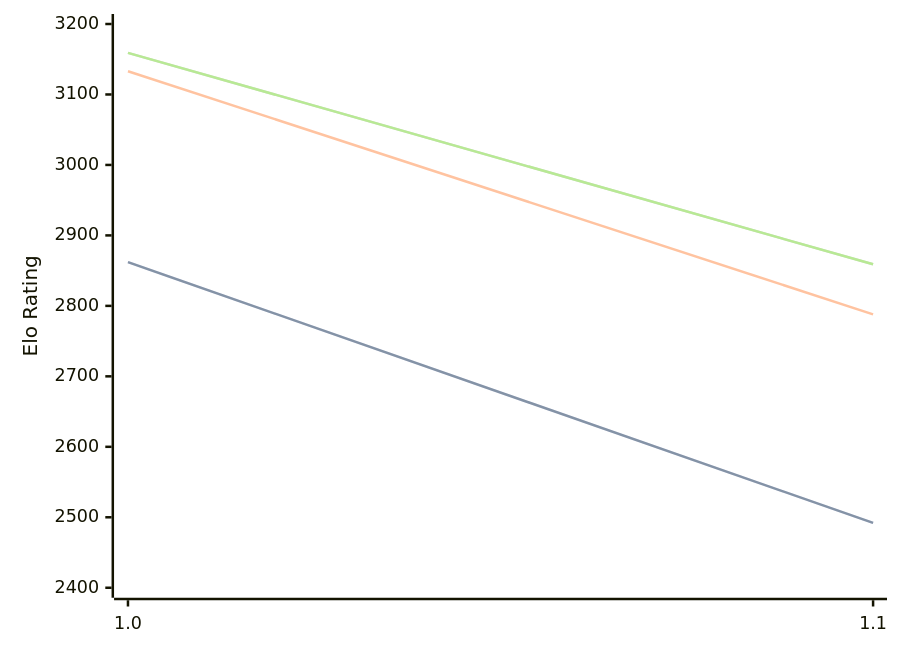
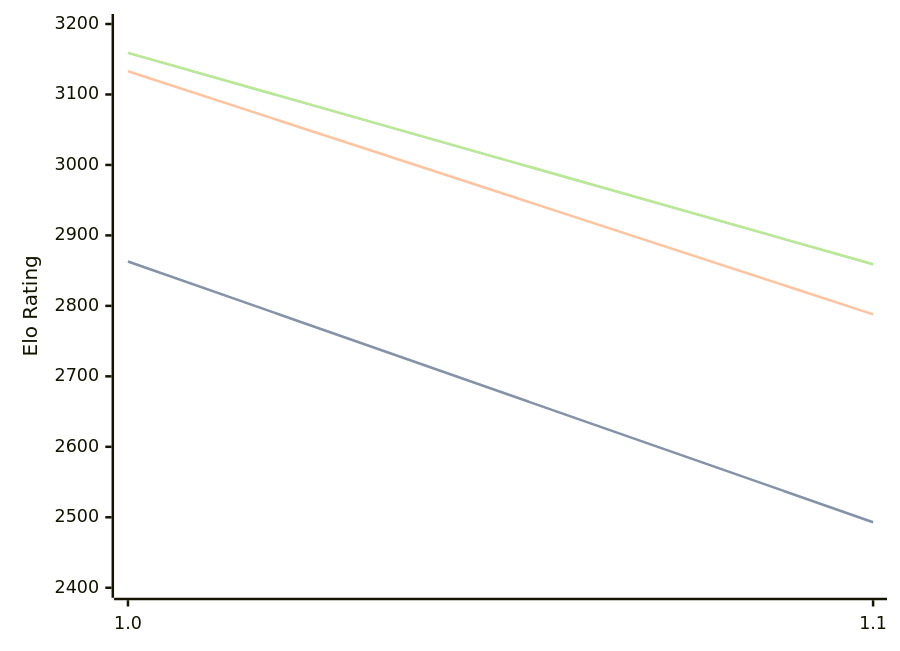
One commit to computer-chess-index/cci changed the diagram in engines/Publius.md. Above: the diagram before and after it, drawn with Mermaid. The commit also changed other lines of this file, not shown here.

````diff
--- a/engines/Publius.md
+++ b/engines/Publius.md
@@ -32,11 +32,11 @@
 ```mermaid
 %%{init: {"theme":"base","themeVariables":{"seriesColors:['#a3a3a3','#222221','#faa371']}}}%%
 xychart-beta
   x-axis ["1.0", "1.1"]
   y-axis "Elo Rating" 2400 --> 3200
-  line "STC (8.0+0.08s)" [2862, 2492]
-  line "STC (8.0+0.08s)" [2862, 2492]
+  line "STC (8.0+0.08s)" [2863, 2493]
+  line "STC (8.0+0.08s)" [2863, 2493]
   line "LTC (60.0+0.60s)" [3133, 2788]
   line "VLTC (2m24s+1.12s)" [3159, 2859]
   line "VLTC (2m24s+1.12s)" [3159, 2859]
 ```
````
